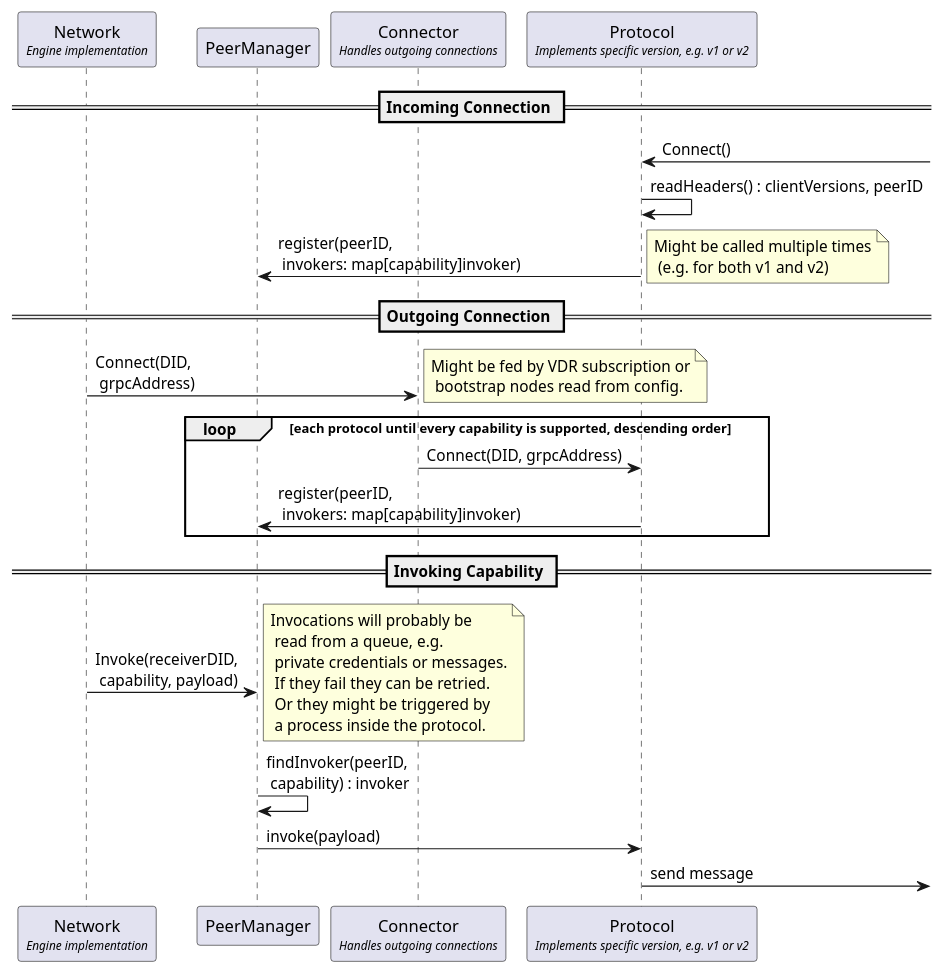
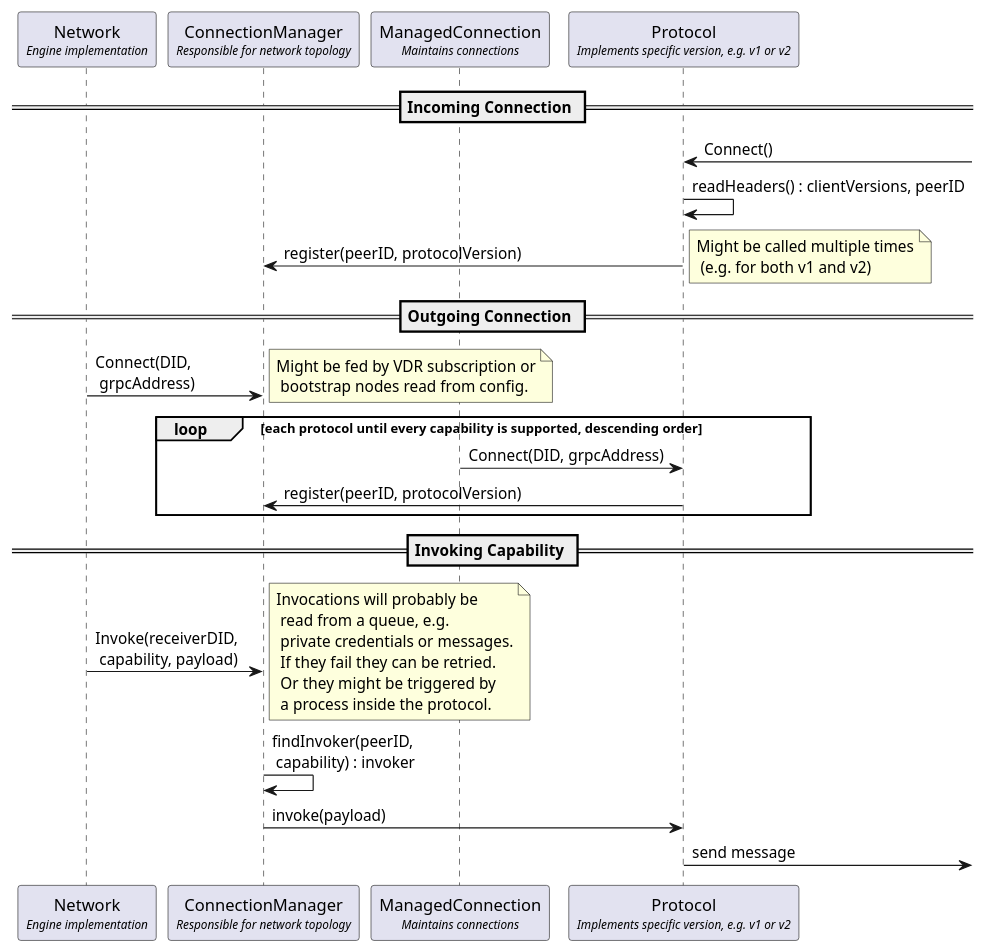
Before and after one commit to nuts-foundation/nuts-node: the diagram in docs/diagrams/network-multiprotocol-sd.puml, drawn with PlantUML. The commit also changed 13 other files, not shown here.

```diff
--- a/docs/diagrams/network-multiprotocol-sd.puml
+++ b/docs/diagrams/network-multiprotocol-sd.puml
@@ -1,30 +1,30 @@
 @startuml
 participant "Network\n<size:10><i>Engine implementation" as Network
-participant PeerManager
-participant "Connector\n<size:10><i>Handles outgoing connections</i></size>" as Connector
+participant "ConnectionManager\n<size:10><i>Responsible for network topology" as ConnectionManager
+participant "ManagedConnection\n<size:10><i>Maintains connections</i></size>" as ManagedConnection
 participant "Protocol\n<size:10><i>Implements specific version, e.g. v1 or v2</i></size>" as Protocol
 
 == Incoming Connection ==
 
 ]-> Protocol : Connect()
 Protocol -> Protocol : readHeaders() : clientVersions, peerID
-Protocol -> PeerManager : register(peerID,\n invokers: map[capability]invoker)
+Protocol -> ConnectionManager : register(peerID, protocolVersion)
 note right : Might be called multiple times\n (e.g. for both v1 and v2)
 
 == Outgoing Connection ==
 
-Network -> Connector : Connect(DID,\n grpcAddress)
+Network -> ConnectionManager : Connect(DID,\n grpcAddress)
 note right: Might be fed by VDR subscription or\n bootstrap nodes read from config.
 loop each protocol until every capability is supported, descending order
-Connector -> Protocol : Connect(DID, grpcAddress)
-Protocol -> PeerManager : register(peerID,\n invokers: map[capability]invoker)
+ManagedConnection -> Protocol : Connect(DID, grpcAddress)
+Protocol -> ConnectionManager : register(peerID, protocolVersion)
 end loop
 
 == Invoking Capability ==
 
-Network -> PeerManager : Invoke(receiverDID,\n capability, payload)
+Network -> ConnectionManager : Invoke(receiverDID,\n capability, payload)
 note right : Invocations will probably be\n read from a queue, e.g.\n private credentials or messages.\n If they fail they can be retried.\n Or they might be triggered by\n a process inside the protocol.
-PeerManager -> PeerManager : findInvoker(peerID,\n capability) : invoker
-PeerManager -> Protocol : invoke(payload)
+ConnectionManager -> ConnectionManager : findInvoker(peerID,\n capability) : invoker
+ConnectionManager -> Protocol : invoke(payload)
 ]<- Protocol : send message
 @enduml
```
